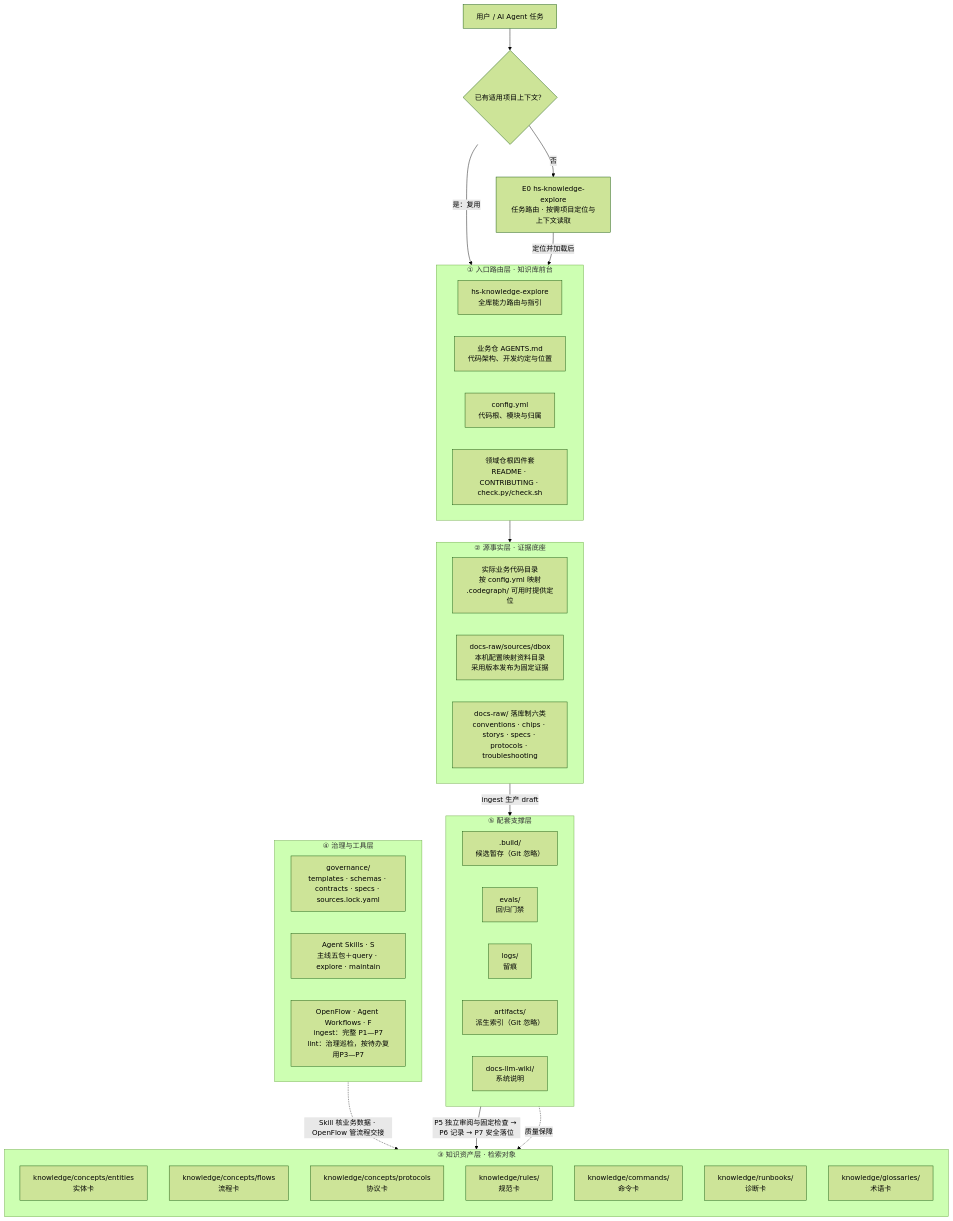
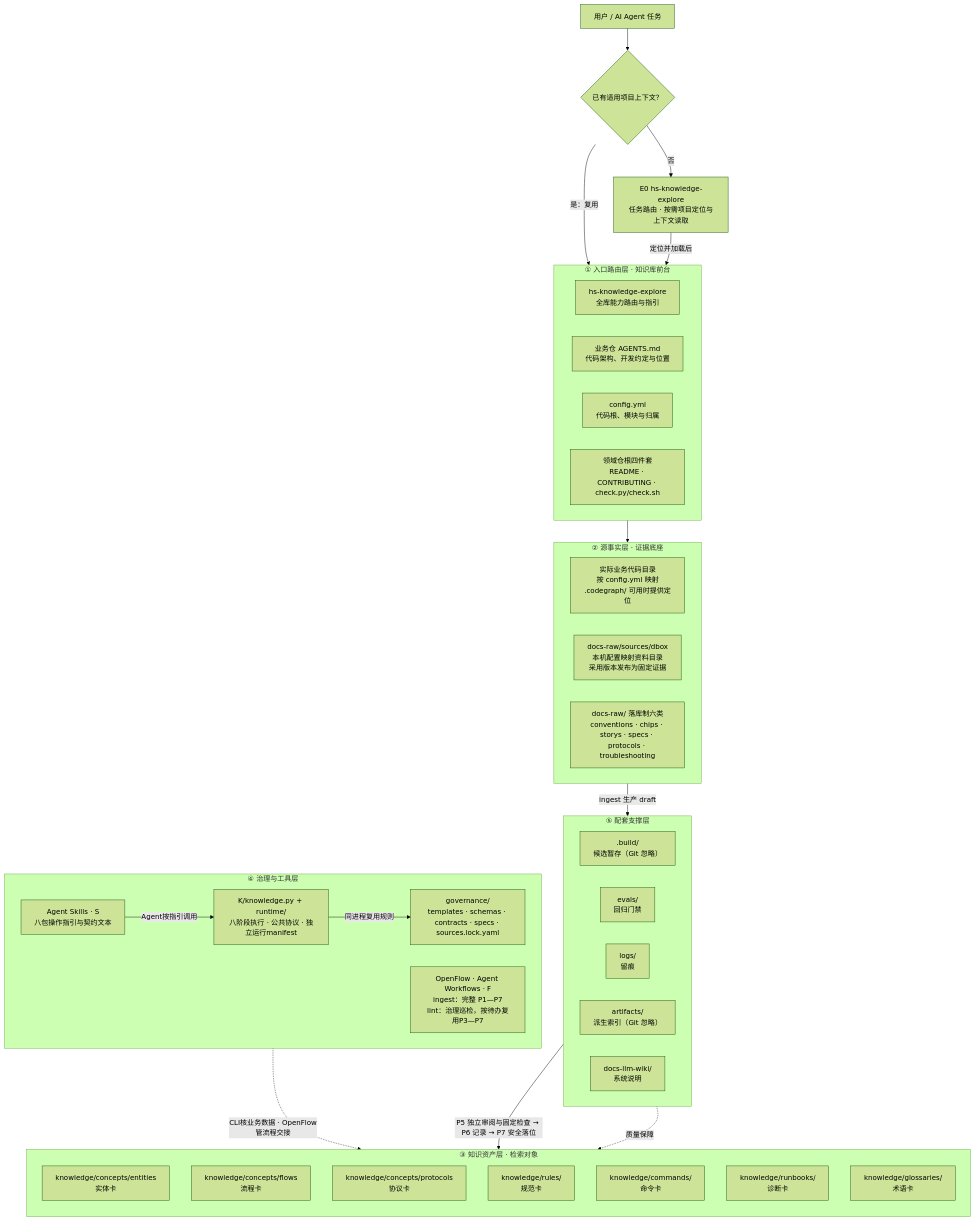
One commit to Robin-hhc/FactumCore changed the first of 9 diagrams in himate-knowledge-wifi-mp/docs-llm-wiki/HiMate知识库架构设计.md. Above: the diagram before and after it, drawn with Mermaid (forest theme). The commit also changed other lines of this file and 171 other files, not shown here.

First line of the commit message:
feat(knowledge): ship repository-owned CLI runtime

````diff
--- a/himate-knowledge-wifi-mp/docs-llm-wiki/HiMate知识库架构设计.md
+++ b/himate-knowledge-wifi-mp/docs-llm-wiki/HiMate知识库架构设计.md
@@ -129,58 +135,61 @@
 ```mermaid
 flowchart TB
     U["用户 / AI Agent 任务"]
     C0{"已有适用项目上下文？"}
     E0["E0 hs-knowledge-explore<br />任务路由 · 按需项目定位与上下文读取"]
 
     subgraph S1["① 入口路由层 · 知识库前台"]
         direction LR
         A1["hs-knowledge-explore<br />全库能力路由与指引"]
         A2["业务仓 AGENTS.md<br />代码架构、开发约定与位置"]
         A3["config.yml<br />代码根、模块与归属"]
         A4["领域仓根四件套<br />README · CONTRIBUTING · check.py/check.sh"]
     end
 
     subgraph S2["② 源事实层 · 证据底座"]
         direction LR
         B1["实际业务代码目录<br />按 config.yml 映射<br />.codegraph/ 可用时提供定位"]
         B2["docs-raw/sources/dbox<br />本机配置映射资料目录<br />采用版本发布为固定证据"]
         B3["docs-raw/ 落库制六类<br />conventions · chips · storys · specs · protocols · troubleshooting"]
     end
 
     subgraph S3["③ 知识资产层 · 检索对象"]
         direction TB
         C1["knowledge/concepts/entities<br />实体卡"]
         C2["knowledge/concepts/flows<br />流程卡"]
         C3["knowledge/concepts/protocols<br />协议卡"]
         C4["knowledge/rules/<br />规范卡"]
         C5["knowledge/commands/<br />命令卡"]
         C6["knowledge/runbooks/<br />诊断卡"]
         C7["knowledge/glossaries/<br />术语卡"]
     end
 
     subgraph S4["④ 治理与工具层"]
         direction LR
         D1["governance/<br />templates · schemas · contracts · specs · sources.lock.yaml"]
-        D2["Agent Skills · S<br />主线五包＋query · explore · maintain"]
+        D2["Agent Skills · S<br />八包操作指引与契约文本"]
+        D4["K/knowledge.py + runtime/<br />八阶段执行 · 公共协议 · 独立运行manifest"]
         D3["OpenFlow · Agent Workflows · F<br />ingest：完整 P1—P7<br />lint：治理巡检，按待办复用P3—P7"]
     end
 
     subgraph S5["⑤ 配套支撑层"]
         direction LR
         E1[".build/<br />候选暂存（Git 忽略）"]
         E2["evals/<br />回归门禁"]
         E3["logs/<br />留痕"]
         E4["artifacts/<br />派生索引（Git 忽略）"]
         E5["docs-llm-wiki/<br />系统说明"]
     end
 
     U --> C0
     C0 -->|"是：复用"| S1
     C0 -->|"否"| E0
     E0 -->|"定位并加载后"| S1
     S1 --> S2
     S2 -->|"ingest 生产 draft"| E1
     E1 -->|"P5 独立审阅与固定检查 → P6 记录 → P7 安全落位"| S3
-    S4 -.->|"Skill 核业务数据 · OpenFlow 管流程交接"| S3
+    D2 -->|"Agent按指引调用"| D4
+    D4 -->|"同进程复用规则"| D1
+    S4 -.->|"CLI核业务数据 · OpenFlow管流程交接"| S3
     S5 -.->|"质量保障"| S3
 ```
````
